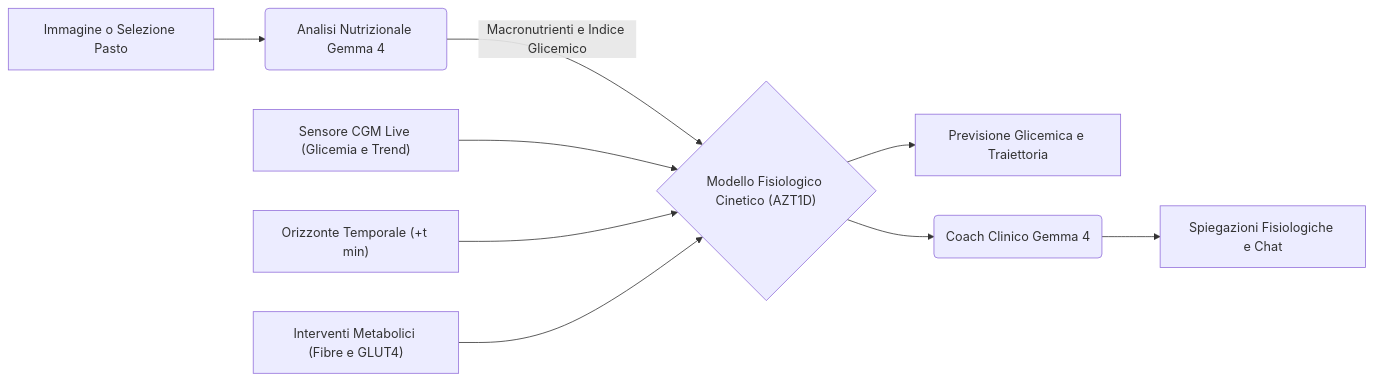
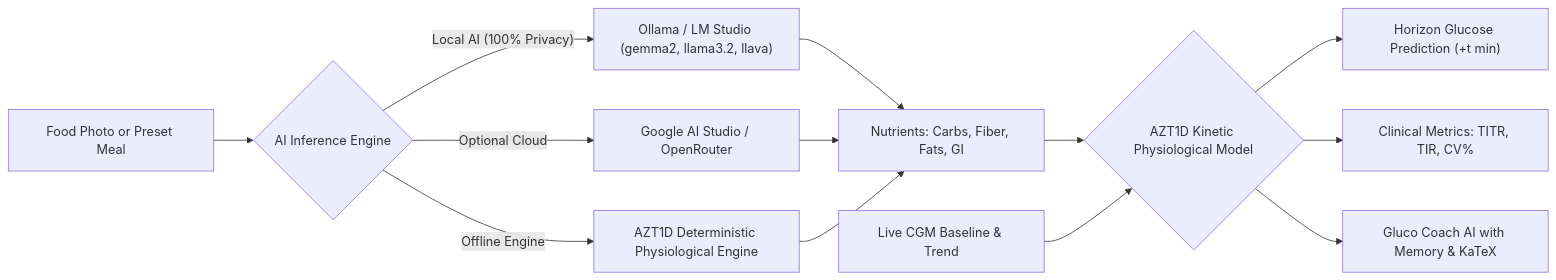
The diagram in README.md (Andrea1141/hacktoberfest2026), drawn with Mermaid before and after one commit. The commit also changed other lines of this file and 18 other files, not shown here.

Commit message:
Enhanced ChatCoach and created batch and PowerShell startup scripts

````diff
--- a/README.md
+++ b/README.md
@@ -42,11 +82,15 @@
 ```mermaid
 graph LR
-    A["Immagine o Selezione Pasto"] --> B("Analisi Nutrizionale Gemma 4")
-    B -->|"Macronutrienti e Indice Glicemico"| C{"Modello Fisiologico Cinetico (AZT1D)"}
-    D["Sensore CGM Live (Glicemia e Trend)"] --> C
-    E["Orizzonte Temporale (+t min)"] --> C
-    F["Interventi Metabolici (Fibre e GLUT4)"] --> C
-    C --> G["Previsione Glicemica e Traiettoria"]
-    C --> H("Coach Clinico Gemma 4")
-    H --> I["Spiegazioni Fisiologiche e Chat"]
+    A["Food Photo or Preset Meal"] --> B{"AI Inference Engine"}
+    B -->|"Local AI (100% Privacy)"| L["Ollama / LM Studio (gemma2, llama3.2, llava)"]
+    B -->|"Optional Cloud"| C["Google AI Studio / OpenRouter"]
+    B -->|"Offline Engine"| O["AZT1D Deterministic Physiological Engine"]
+    L --> D["Nutrients: Carbs, Fiber, Fats, GI"]
+    C --> D
+    O --> D
+    D --> E{"AZT1D Kinetic Physiological Model"}
+    S["Live CGM Baseline & Trend"] --> E
+    E --> F["Horizon Glucose Prediction (+t min)"]
+    E --> G["Clinical Metrics: TITR, TIR, CV%"]
+    E --> H["Gluco Coach AI with Memory & KaTeX"]
 ```
````
